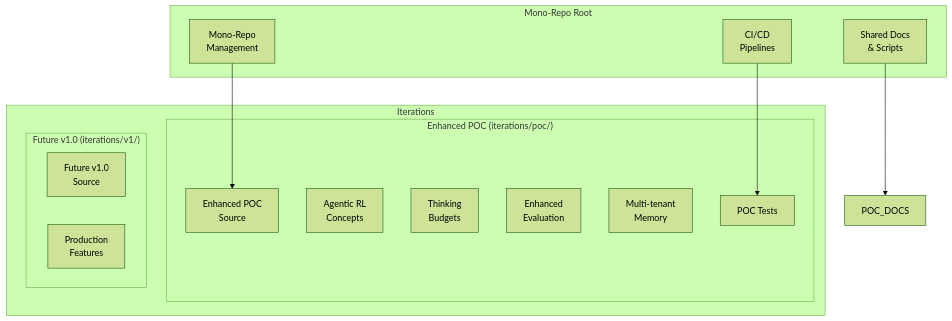
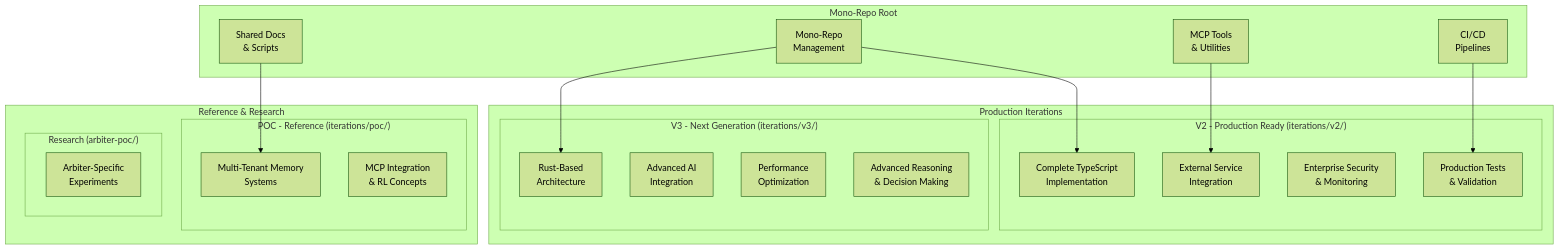
One commit to darianrosebrook/agent-agency changed the first of 2 diagrams in README.md. Above: the diagram before and after it, drawn with Mermaid (forest theme). The commit also changed other lines of this file and 13 other files, not shown here.

````diff
--- a/README.md
+++ b/README.md
@@ -112,28 +146,42 @@
 ```mermaid
 graph TB
     subgraph "Mono-Repo Root"
         MR[Mono-Repo<br/>Management]
         SD[Shared Docs<br/>& Scripts]
         CI[CI/CD<br/>Pipelines]
+        APPS[MCP Tools<br/>& Utilities]
     end
 
-    subgraph "Iterations"
-        subgraph "Enhanced POC (iterations/poc/)"
-            POC_SRC[Enhanced POC<br/>Source]
-            POC_RL[Agentic RL<br/>Concepts]
-            POC_THINK[Thinking<br/>Budgets]
-            POC_EVAL[Enhanced<br/>Evaluation]
-            POC_MEMORY[Multi-tenant<br/>Memory]
-            POC_TESTS[POC Tests]
+    subgraph "Production Iterations"
+        subgraph "V2 - Production Ready (iterations/v2/)"
+            V2_SRC[Complete TypeScript<br/>Implementation]
+            V2_SERVICES[External Service<br/>Integration]
+            V2_SECURITY[Enterprise Security<br/>& Monitoring]
+            V2_TESTS[Production Tests<br/>& Validation]
         end
 
-        subgraph "Future v1.0 (iterations/v1/)"
-            V1_SRC[Future v1.0<br/>Source]
-            V1_PROD[Production<br/>Features]
+        subgraph "V3 - Next Generation (iterations/v3/)"
+            V3_RUST[Rust-Based<br/>Architecture]
+            V3_AI[Advanced AI<br/>Integration]
+            V3_PERF[Performance<br/>Optimization]
+            V3_REASON[Advanced Reasoning<br/>& Decision Making]
         end
     end
 
-    MR --> POC_SRC
-    SD --> POC_DOCS
-    CI --> POC_TESTS
+    subgraph "Reference & Research"
+        subgraph "POC - Reference (iterations/poc/)"
+            POC_SRC[Multi-Tenant Memory<br/>Systems]
+            POC_MCP[MCP Integration<br/>& RL Concepts]
+        end
+
+        subgraph "Research (arbiter-poc/)"
+            RESEARCH[Arbiter-Specific<br/>Experiments]
+        end
+    end
+
+    MR --> V2_SRC
+    MR --> V3_RUST
+    SD --> POC_SRC
+    CI --> V2_TESTS
+    APPS --> V2_SERVICES
 ```
````
